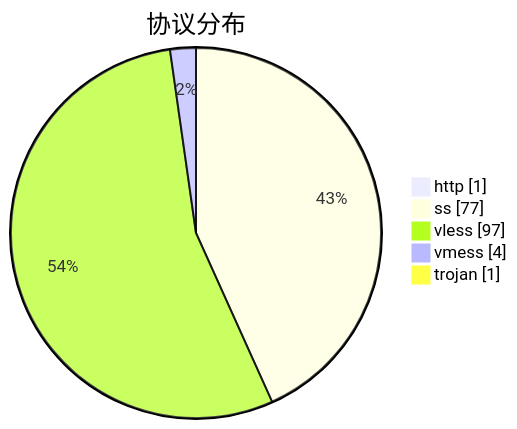
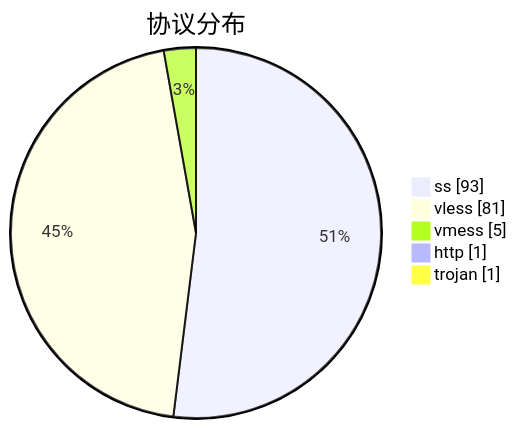
Before and after one commit to qjlxg/airport: the third of 3 diagrams in subs/statistics/tested_within.md, drawn with Mermaid. The commit also changed other lines of this file and 2 other files, not shown here.

````diff
--- a/subs/statistics/tested_within.md
+++ b/subs/statistics/tested_within.md
@@ -26,9 +25,9 @@
 ```mermaid
 pie showData
 title 协议分布
+"ss" : 93
+"vless" : 81
+"vmess" : 5
 "http" : 1
-"ss" : 77
-"vless" : 97
-"vmess" : 4
 "trojan" : 1
 ```
````
